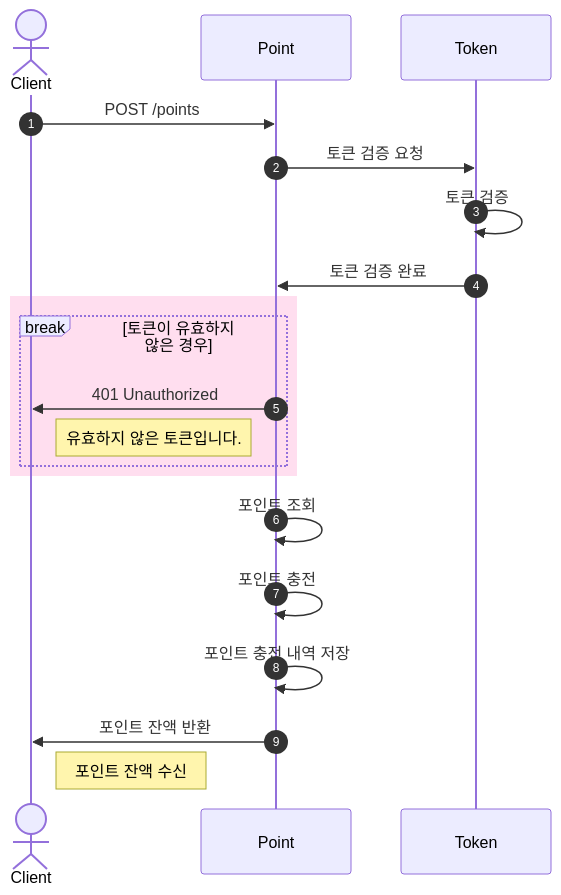
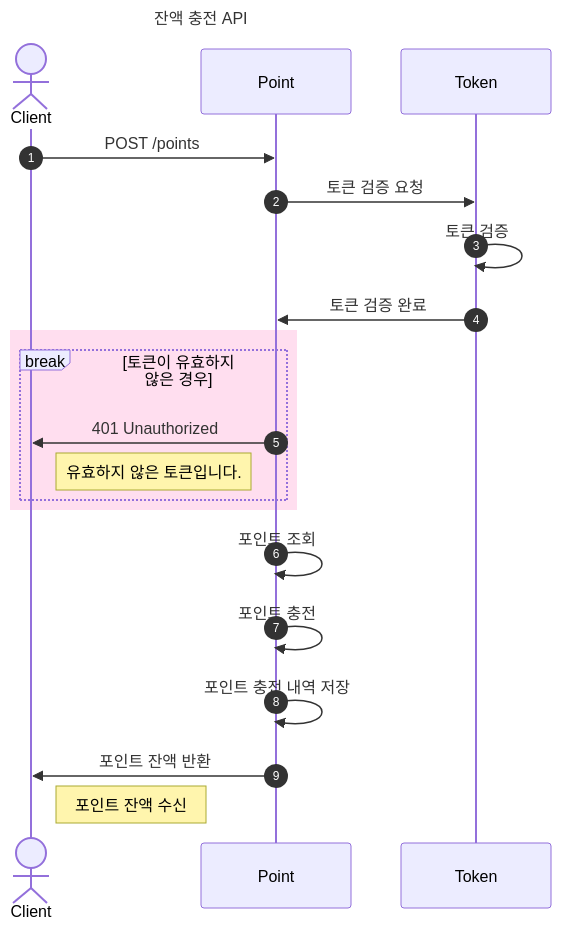
The sixth of 8 diagrams in README.md (Yn3-3xh/hanghaeplus-concert-reservation-service), drawn with Mermaid before and after one commit. The commit also changed other lines of this file, not shown here.

Commit message:
step5/update: README - Sequence Diagram title

````diff
--- a/README.md
+++ b/README.md
@@ -188,24 +197,27 @@
 ``` mermaid
+---
+title: 잔액 충전 API
+---
 sequenceDiagram
 autonumber
 
 actor Client
 
 Client->>Point: POST /points
 
 Point->>Token: 토큰 검증 요청
 Token->>Token: 토큰 검증
 Token->>Point: 토큰 검증 완료
 rect rgb(255, 222, 239)
     break 토큰이 유효하지 않은 경우
         Point->>Client: 401 Unauthorized
         Note right of Client: 유효하지 않은 토큰입니다.
     end
 end
 
 Point->>Point: 포인트 조회
 Point->>Point: 포인트 충전
 Point->>Point: 포인트 충전 내역 저장
 Point->>Client: 포인트 잔액 반환
 Note right of Client: 포인트 잔액 수신
 ```
````
